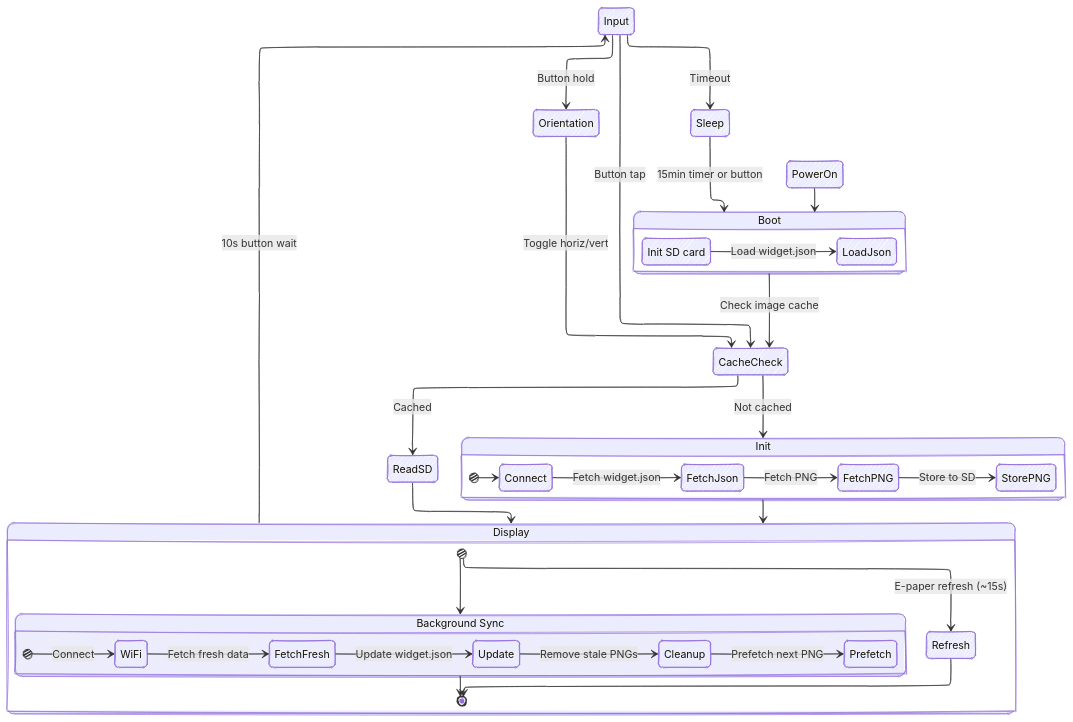
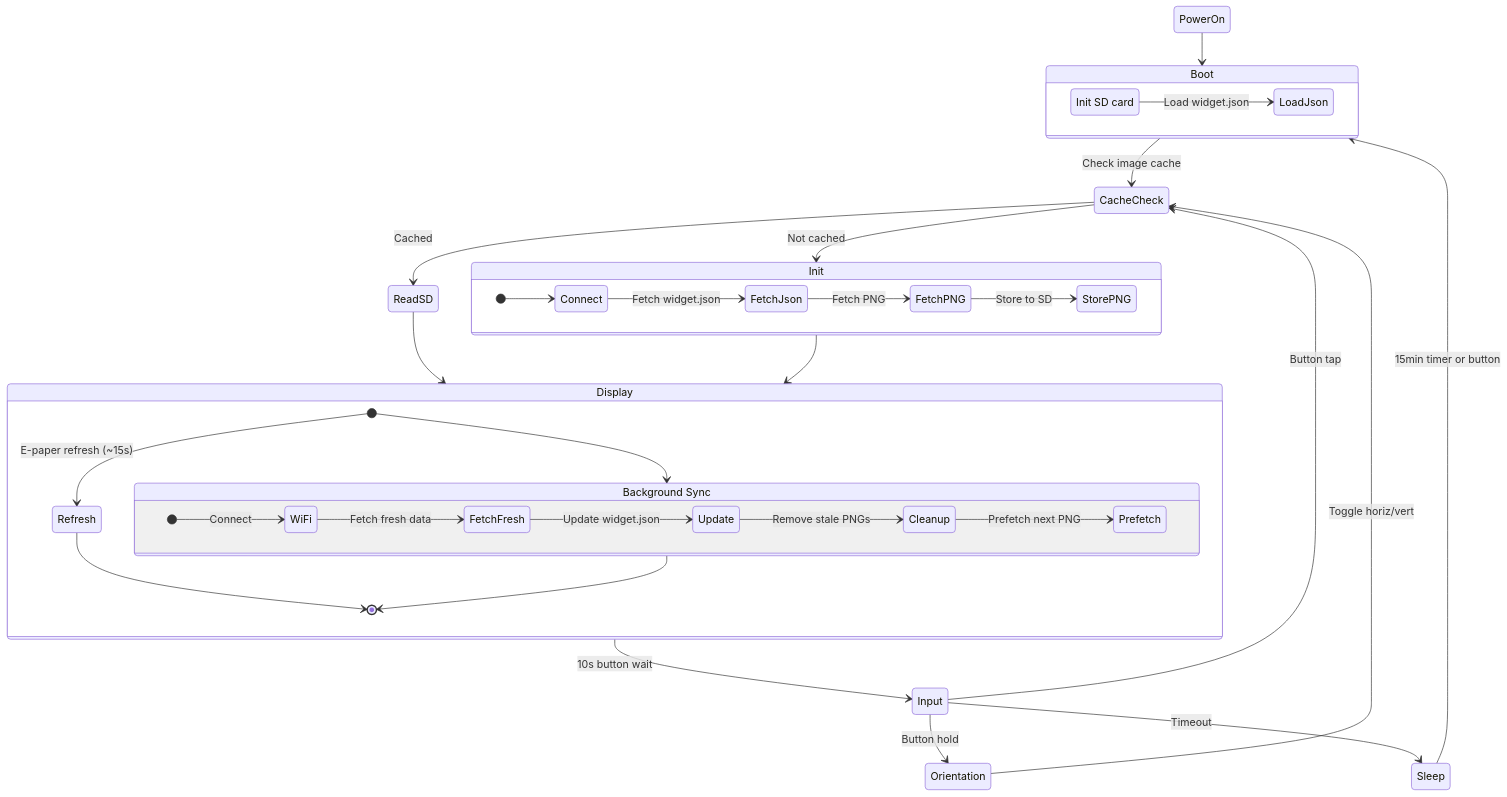
One commit to ozwaldorf/sawthat-frame changed the first of 2 diagrams in README.md. Above: the diagram before and after it, drawn with Mermaid. The commit also changed other lines of this file, not shown here.

Commit message:
chore: fix readme mermaids

````diff
--- a/README.md
+++ b/README.md
@@ -124,60 +126,55 @@
 ```mermaid
----
-config:
-  layout: elk
-  look: handDrawn
----
 stateDiagram-v2
     PowerOn --> Boot
 
     state Boot {
         direction LR
         InitSD: Init SD card
         InitSD --> LoadJson: Load widget.json
     }
 
     Boot --> CacheCheck: Check image cache
 
     state CacheCheck <<choice>>
     CacheCheck --> ReadSD: Cached
     CacheCheck --> Init: Not cached
 
     state Init {
         direction LR
         [*] --> Connect
         Connect --> FetchJson: Fetch widget.json
         FetchJson --> FetchPNG: Fetch PNG
         FetchPNG --> StorePNG: Store to SD
     }
 
     ReadSD --> Display
     Init --> Display
 
     state Display {
         [*] --> Refresh: E-paper refresh (~15s)
         [*] --> Sync
 
         state "Background Sync" as Sync {
             direction LR
             [*] --> WiFi: Connect
             WiFi --> FetchFresh: Fetch fresh data
             FetchFresh --> Update: Update widget.json
             Update --> Cleanup: Remove stale PNGs
             Cleanup --> Prefetch: Prefetch next PNG
         }
 
         Refresh --> [*]
         Sync --> [*]
     }
 
     Display --> Input: 10s button wait
 
     state Input <<choice>>
     Input --> CacheCheck: Button tap
     Input --> Orientation: Button hold
     Input --> Sleep: Timeout
 
     Orientation --> CacheCheck: Toggle horiz/vert
 
     Sleep --> Boot: 15min timer or button
 ```
````
